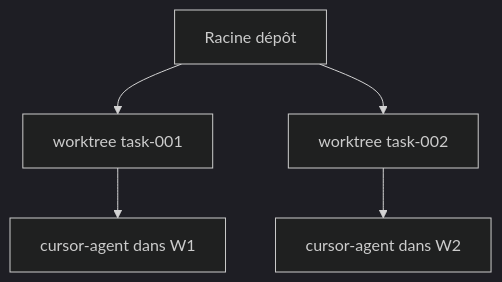
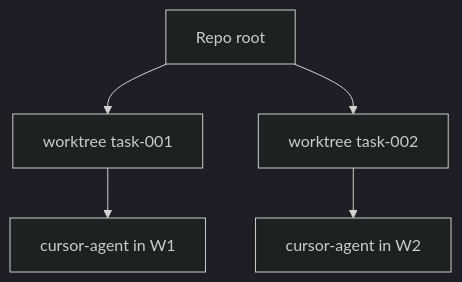
One commit to LaProgrammerie/asagiri changed the diagram in docs-site/content/docs/fr/reliability/worktree-isolation.mdx. Above: the diagram before and after it, drawn with Mermaid (dark theme). The commit also changed other lines of this file and 148 other files, not shown here.

````diff
--- a/docs-site/content/docs/fr/reliability/worktree-isolation.mdx
+++ b/docs-site/content/docs/fr/reliability/worktree-isolation.mdx
@@ -26,7 +30,7 @@
 ```mermaid
 flowchart TB
-  R[Racine dépôt] --> W1[worktree task-001]
+  R[Repo root] --> W1[worktree task-001]
   R --> W2[worktree task-002]
-  W1 --> A1[cursor-agent dans W1]
-  W2 --> A2[cursor-agent dans W2]
+  W1 --> A1[cursor-agent in W1]
+  W2 --> A2[cursor-agent in W2]
 ```
````
